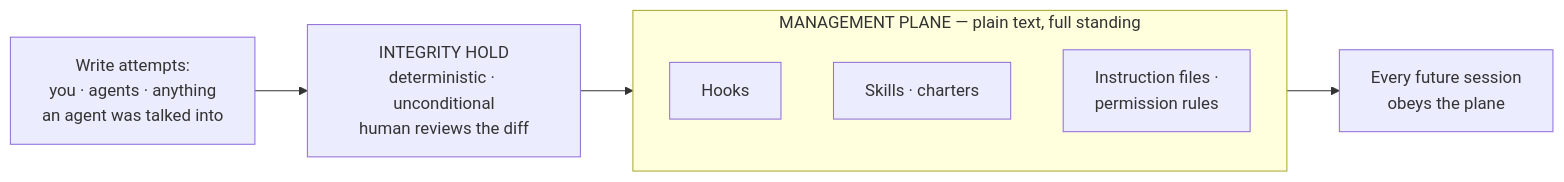
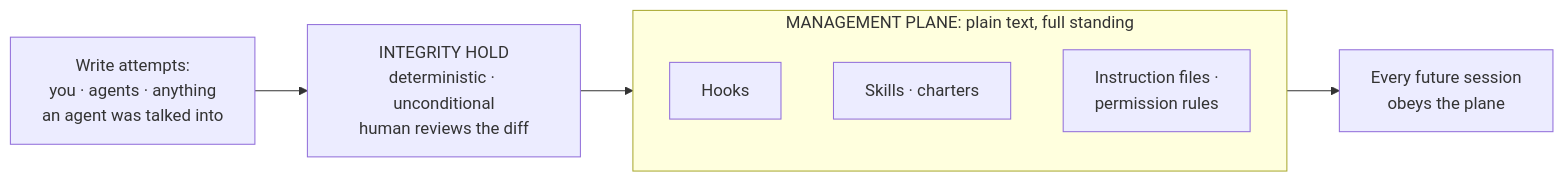
One commit to chorusse/agentic-estate changed the diagram in guide/07-management-plane-integrity.md. Above: the diagram before and after it, drawn with Mermaid. The commit also changed other lines of this file and 22 other files, not shown here.

````diff
--- a/guide/07-management-plane-integrity.md
+++ b/guide/07-management-plane-integrity.md
@@ -67,12 +67,12 @@
 ```mermaid
 flowchart LR
-    subgraph plane["MANAGEMENT PLANE — plain text, full standing"]
+    subgraph plane["MANAGEMENT PLANE: plain text, full standing"]
         h["Hooks"]
         s["Skills · charters"]
         c["Instruction files ·<br/>permission rules"]
     end
     writers["Write attempts:<br/>you · agents · anything<br/>an agent was talked into"]
     hold["INTEGRITY HOLD<br/>deterministic · unconditional<br/>human reviews the diff"]
     estate["Every future session<br/>obeys the plane"]
     writers --> hold --> plane --> estate
 ```
````
